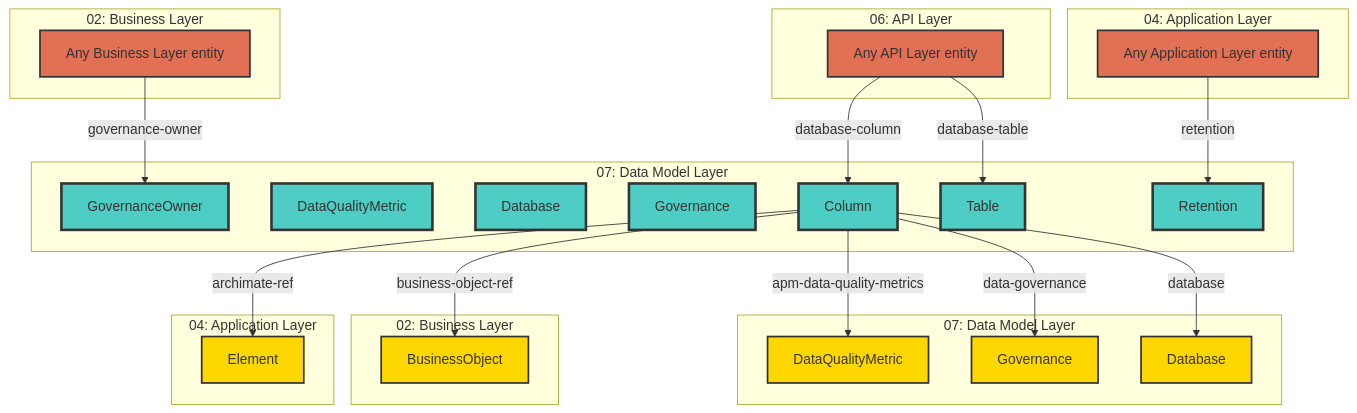
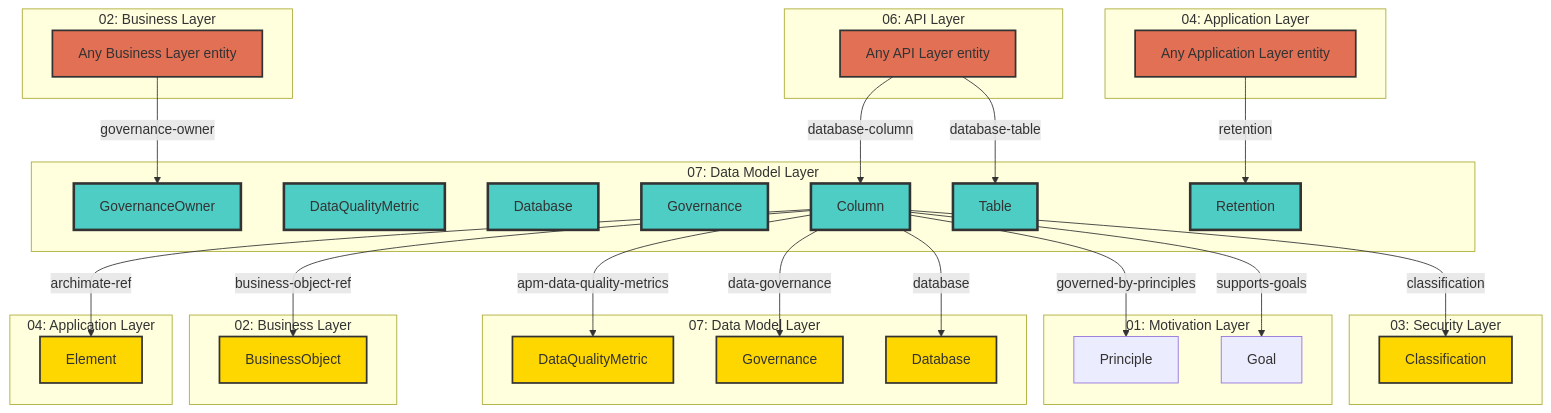
The diagram in reports/layers/07-data-model-cross-layer.md (tinkermonkey/documentation_robotics), drawn with Mermaid before and after one commit. The commit also changed other lines of this file and 63 other files, not shown here.

```diff
--- a/reports/layers/07-data-model-cross-layer.md
+++ b/reports/layers/07-data-model-cross-layer.md
@@ -19,8 +19,15 @@
   end
 
   %% Target layers
+  subgraph target01Layer["01: Motivation Layer"]
+    target01Principle["Principle"]
+    target01Goal["Goal"]
+  end
   subgraph target02Layer["02: Business Layer"]
     target02BusinessObject["BusinessObject"]
+  end
+  subgraph target03Layer["03: Security Layer"]
+    target03Classification["Classification"]
   end
   subgraph target04Layer["04: Application Layer"]
     target04Element["Element"]
@@ -48,6 +55,9 @@
   thisColumn -->|apm-data-quality-metrics| target07DataQualityMetric
   thisColumn -->|data-governance| target07Governance
   thisColumn -->|database| target07Database
+  thisColumn -->|governed-by-principles| target01Principle
+  thisColumn -->|supports-goals| target01Goal
+  thisColumn -->|classification| target03Classification
 
   %% Incoming relationships
   source02Node -->|governance-owner| thisGovernanceOwner
@@ -67,7 +77,10 @@
   class thisGovernanceOwner thisLayerStyle
   class thisRetention thisLayerStyle
   class thisTable thisLayerStyle
+  class target01GovernedByPrinciple targetLayerStyle
+  class target01SupportsGoal targetLayerStyle
   class target02BusinessObject targetLayerStyle
+  class target03Classification targetLayerStyle
   class target04Element targetLayerStyle
   class target07DataQualityMetric targetLayerStyle
   class target07Database targetLayerStyle
```
